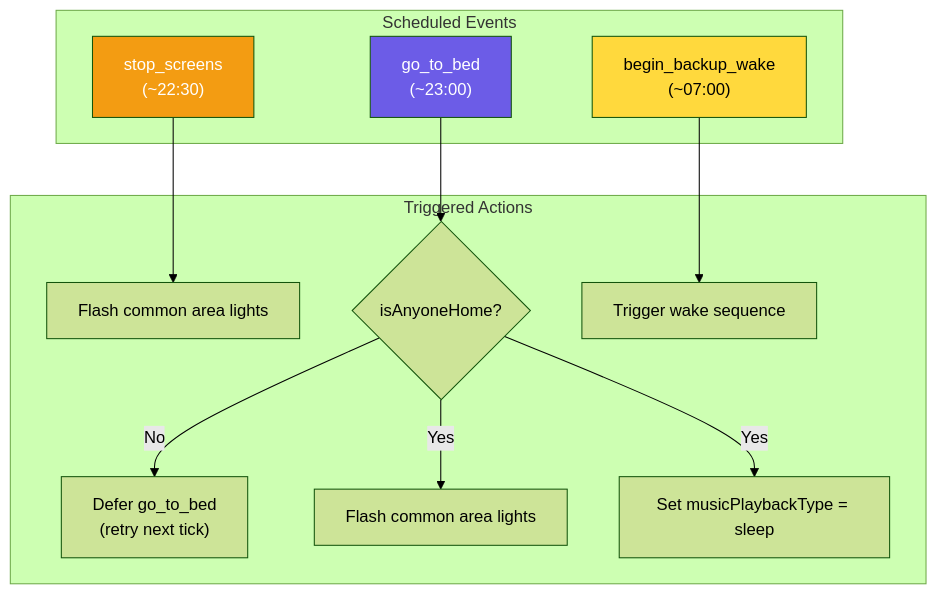
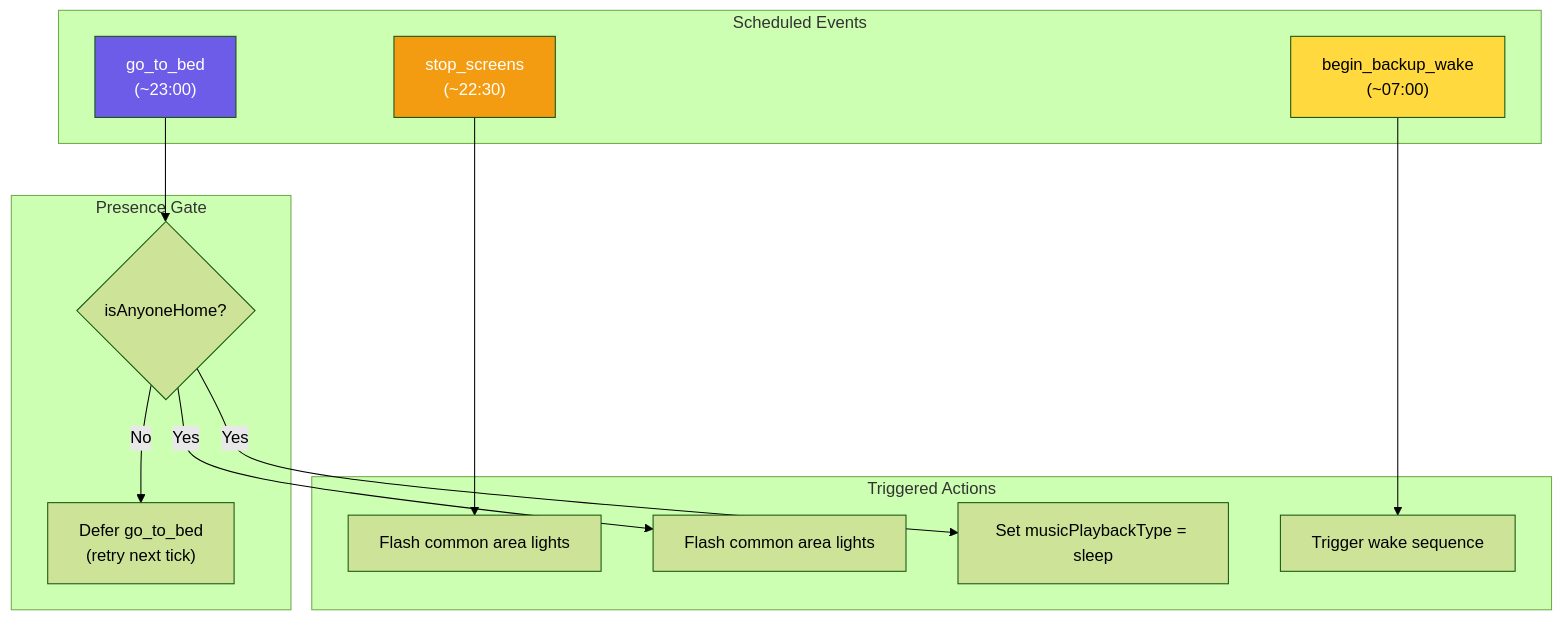
One commit to NickBorgers/home-automation changed the first of 9 diagrams in docs/flows/SLEEP_HYGIENE.md. Above: the diagram before and after it, drawn with Mermaid (forest theme). The commit also changed other lines of this file and 1 other file, not shown here.

Commit message:
docs: address review findings for go_to_bed presence gate
- Move checkHome gate into its own "Presence Gate" subgraph in SLEEP_HYGIENE.md
  flow diagram (was inside "Triggered Actions", which misrepresented it as an
  action rather than a precondition check)
- Add window-expiry note: if no one arrives within the 1-hour window, go_to_bed
  is skipped for the night
- Add missing AnyoneHome → SleepHygiene edge to VISUAL_ARCHITECTURE.md state
  dependency graph (pre-existing gap; natural to fix alongside the presence gate)

````diff
--- a/docs/flows/SLEEP_HYGIENE.md
+++ b/docs/flows/SLEEP_HYGIENE.md
@@ -15,28 +15,31 @@
 ```mermaid
 flowchart TD
     subgraph Schedule["Scheduled Events"]
         stopScreens["stop_screens<br/>(~22:30)"]
         goToBed["go_to_bed<br/>(~23:00)"]
         backupWake["begin_backup_wake<br/>(~07:00)"]
     end
 
+    subgraph Gate["Presence Gate"]
+        checkHome{"isAnyoneHome?"}
+        deferGoToBed["Defer go_to_bed<br/>(retry next tick)"]
+    end
+
     subgraph Actions["Triggered Actions"]
         flashLights1["Flash common area lights"]
-        checkHome{"isAnyoneHome?"}
-        deferGoToBed["Defer go_to_bed<br/>(retry next tick)"]
         flashLights2["Flash common area lights"]
         startSleep["Set musicPlaybackType = sleep"]
         triggerWake["Trigger wake sequence"]
     end
 
     stopScreens --> flashLights1
     goToBed --> checkHome
     checkHome -->|Yes| flashLights2
     checkHome -->|Yes| startSleep
     checkHome -->|No| deferGoToBed
     backupWake --> triggerWake
 
     style stopScreens fill:#f39c12,color:#fff
     style goToBed fill:#6c5ce7,color:#fff
     style backupWake fill:#ffd93d,color:#000
 ```
````
